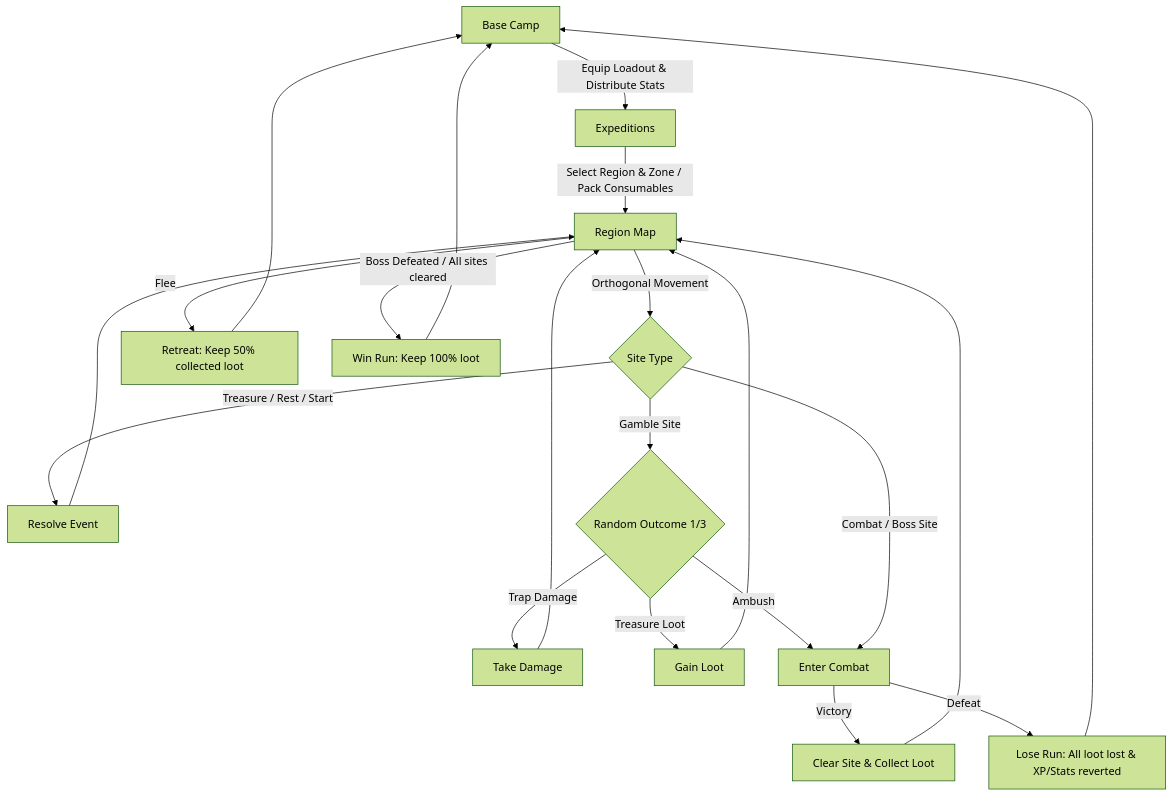
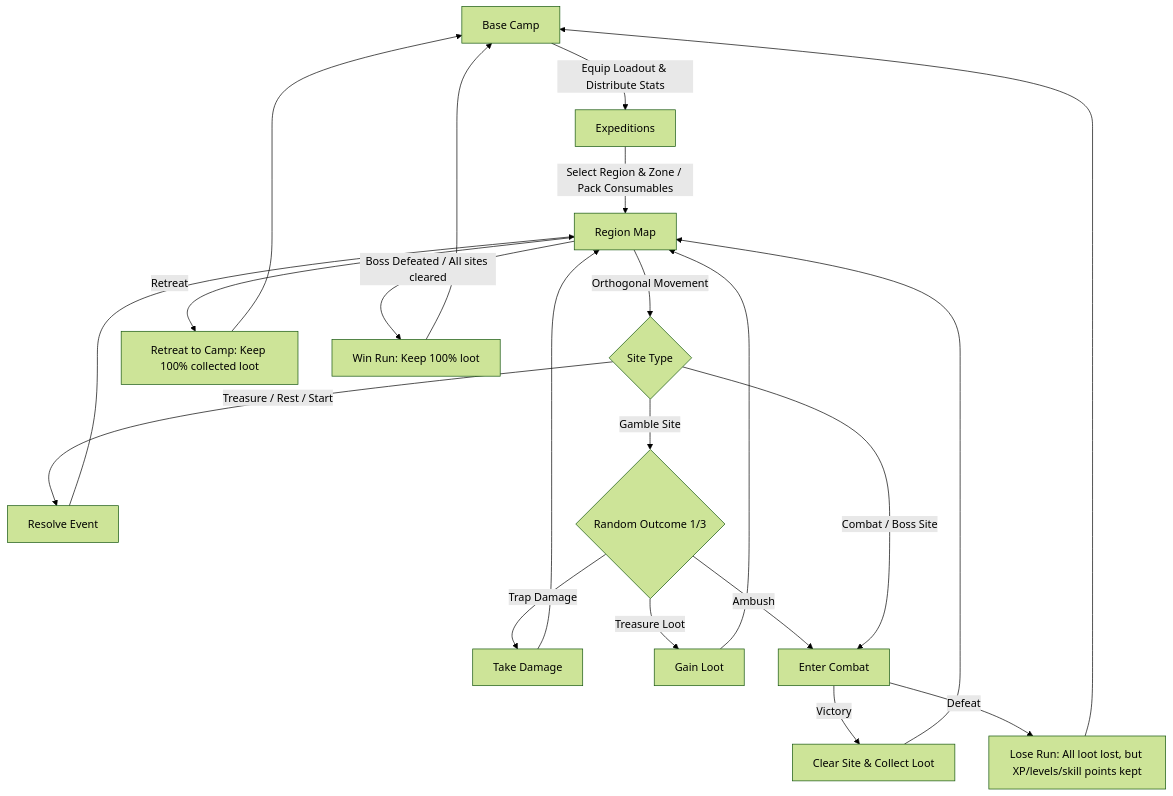
One commit to lucastelpis/meow-depths changed the first of 2 diagrams in gamedetails.md. Above: the diagram before and after it, drawn with Mermaid (forest theme). The commit also changed 2 other files, not shown here.

Commit message:
feat(economy): death keeps XP/levels/skill points, loses only loot
Dying in a run no longer rolls back progression. On outcome 'lose' the
hero keeps all XP, levels, stat points, and skill points earned during
the run — that progression is character mastery, not spoils. The run's
haul (gold/materials/consumables) is still discarded, and stamina + the
failed floor remain the cost of death.

This also fixes a bug where a mid-run level-up's skill point survived
death (it was never in the revert list) by removing the now-vestigial
heroBackup snapshot and its partial revert entirely.

Docs: sync CLAUDE.md and gamedetails.md to the new death rules, and
correct the flee node to reflect that fleeing keeps 100% of loot.

````diff
--- a/gamedetails.md
+++ b/gamedetails.md
@@ -11,23 +11,23 @@
 ```mermaid
 graph TD
     A[Base Camp] -->|Equip Loadout & Distribute Stats| B[Expeditions]
     B -->|Select Region & Zone / Pack Consumables| C[Region Map]
     C -->|Orthogonal Movement| D{Site Type}
     D -->|Treasure / Rest / Start| E[Resolve Event]
     D -->|Gamble Site| F{Random Outcome 1/3}
     F -->|Trap Damage| G[Take Damage]
     F -->|Treasure Loot| H[Gain Loot]
     F -->|Ambush| I[Enter Combat]
     D -->|Combat / Boss Site| I
     E --> C
     G --> C
     H --> C
     I -->|Victory| J[Clear Site & Collect Loot]
-    I -->|Defeat| K[Lose Run: All loot lost & XP/Stats reverted]
+    I -->|Defeat| K[Lose Run: All loot lost, but XP/levels/skill points kept]
     J --> C
-    C -->|Flee| L[Retreat: Keep 50% collected loot]
+    C -->|Retreat| L[Retreat to Camp: Keep 100% collected loot]
     C -->|Boss Defeated / All sites cleared| M[Win Run: Keep 100% loot]
     K --> A
     L --> A
     M --> A
 ```
````
